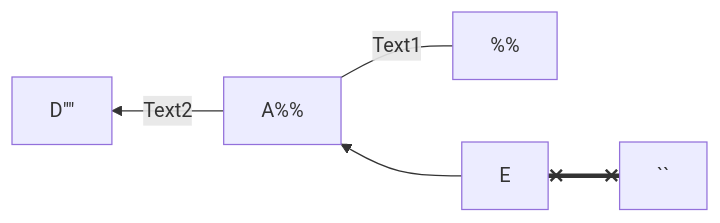
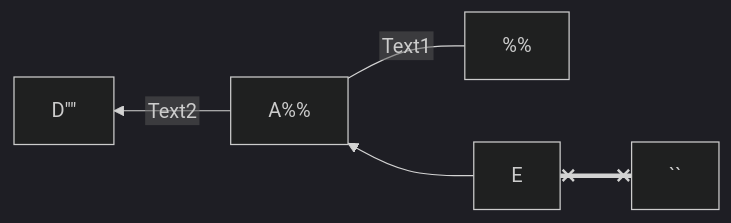
Before and after one commit to minahasilo/md2visio: the fourth of 8 diagrams in md2visio/test/graph.md, drawn with Mermaid. The commit also changed other lines of this file and 8 other files, not shown here.

``````diff
--- a/md2visio/test/graph.md
+++ b/md2visio/test/graph.md
@@ -3,16 +80,16 @@
 `````mermaid
-  %%  {init: {"flowchart": {"htmlLabels": false}} }  %%
+%%{init: {"flowchart": {"htmlLabels": false}, 'theme':'dark'} }%%
 graph RL
 	%% this is a comment
     %%
     A%%
     
     %%
     -- Text1 ---
     A%%
     
     D""
     `` x==x E --> A%%
     
     A%% -->|Text2|D""
 `````
``````
